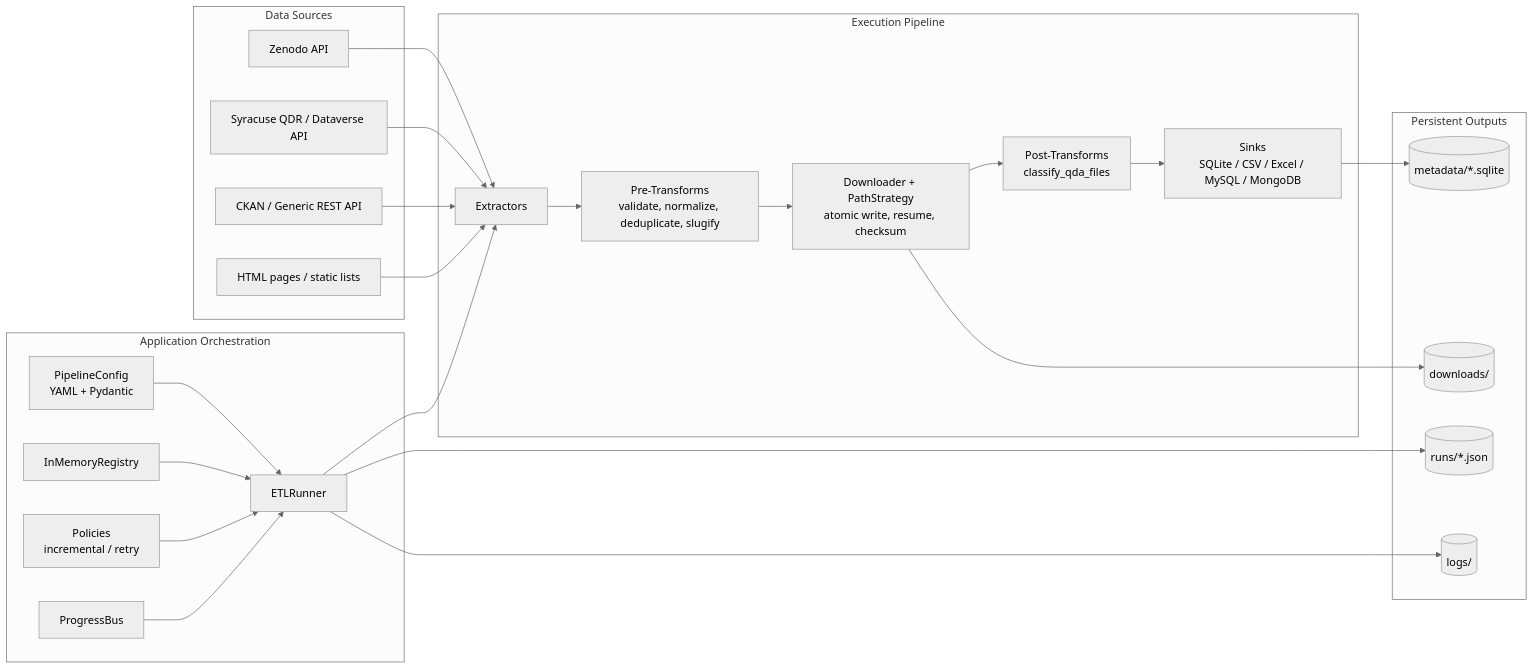
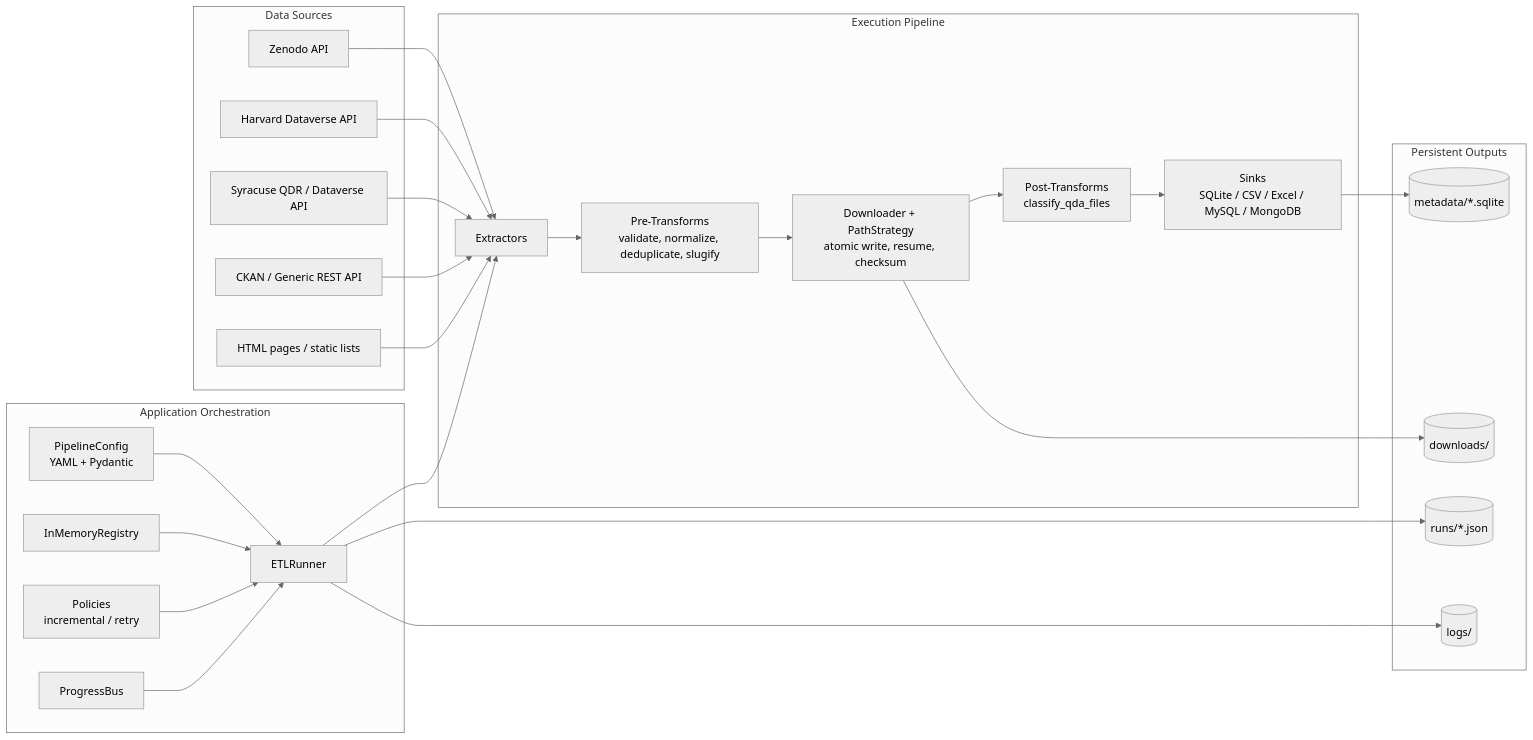
Before and after one commit to night-fury-me/qd-archive-seeds: the diagram in README.md, drawn with Mermaid (neutral theme). The commit also changed other lines of this file, not shown here.

First line of the commit message:
docs: update README with Harvard Dataverse, async pipeline, new CLI flags

````diff
--- a/README.md
+++ b/README.md
@@ -117,48 +110,50 @@
 ```mermaid
 flowchart LR
   subgraph Input[Data Sources]
     Z[Zenodo API]
+    HD[Harvard Dataverse API]
     Q[Syracuse QDR / Dataverse API]
     C[CKAN / Generic REST API]
     H[HTML pages / static lists]
   end
 
   subgraph App[Application Orchestration]
     CFG[PipelineConfig<br/>YAML + Pydantic]
     REG[InMemoryRegistry]
     RUN[ETLRunner]
     POL[Policies<br/>incremental / retry]
     PROG[ProgressBus]
   end
 
   subgraph Infra[Execution Pipeline]
     EXT[Extractors]
     PRE[Pre-Transforms<br/>validate, normalize, deduplicate, slugify]
     DL[Downloader + PathStrategy<br/>atomic write, resume, checksum]
     POST[Post-Transforms<br/>classify_qda_files]
     SINK[Sinks<br/>SQLite / CSV / Excel / MySQL / MongoDB]
   end
 
   subgraph Output[Persistent Outputs]
     DB[(metadata/*.sqlite)]
     FILES[(downloads/)]
     RUNS[(runs/*.json)]
     LOGS[(logs/)]
   end
 
   Z --> EXT
+  HD --> EXT
   Q --> EXT
   C --> EXT
   H --> EXT
 
   CFG --> RUN
   REG --> RUN
   POL --> RUN
   PROG --> RUN
 
   RUN --> EXT --> PRE --> DL --> POST --> SINK
   SINK --> DB
   DL --> FILES
   RUN --> RUNS
   RUN --> LOGS
 ```
````
